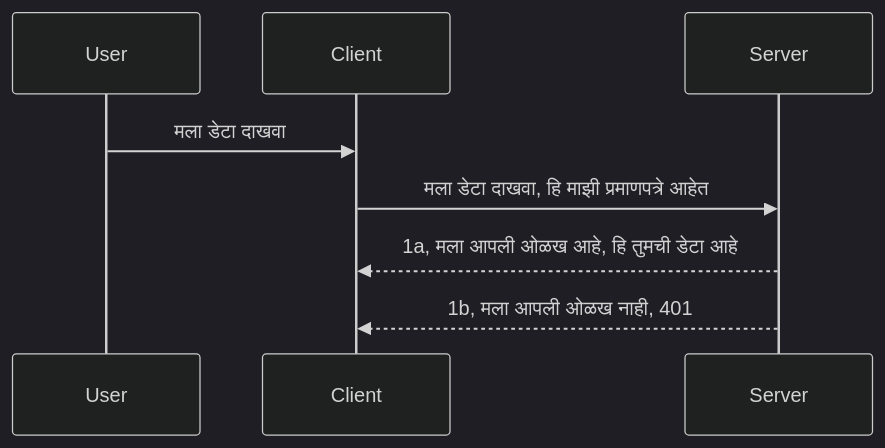
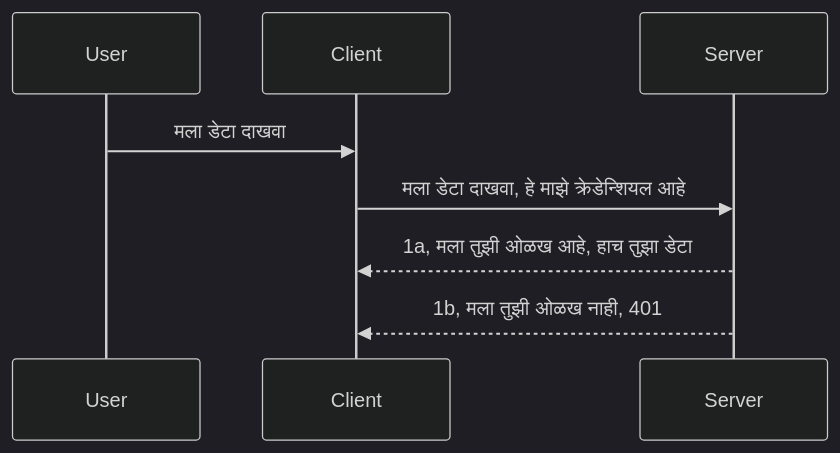
Before and after one commit to HIDORAKAI002/ai-workspace-archive: the diagram in mcp_ecosystem__model_context_protocol/mcp_learning_resources/mcp-for-beginners/translations/mr/03-GettingStarted/11-simple-auth/README.md, drawn with Mermaid (dark theme). The commit also changed other lines of this file and 1160 other files, not shown here.

````diff
--- a/mcp_ecosystem__model_context_protocol/mcp_learning_resources/mcp-for-beginners/translations/mr/03-GettingStarted/11-simple-auth/README.md
+++ b/mcp_ecosystem__model_context_protocol/mcp_learning_resources/mcp-for-beginners/translations/mr/03-GettingStarted/11-simple-auth/README.md
@@ -24,11 +24,11 @@
 ```mermaid
 sequenceDiagram
    participant User
    participant Client
    participant Server
 
    User->>Client: मला डेटा दाखवा
-   Client->>Server: मला डेटा दाखवा, हि माझी प्रमाणपत्रे आहेत
-   Server-->>Client: 1a, मला आपली ओळख आहे, हि तुमची डेटा आहे
-   Server-->>Client: 1b, मला आपली ओळख नाही, 401 
+   Client->>Server: मला डेटा दाखवा, हे माझे क्रेडेन्शियल आहे
+   Server-->>Client: 1a, मला तुझी ओळख आहे, हाच तुझा डेटा
+   Server-->>Client: 1b, मला तुझी ओळख नाही, 401 
 ```
````
